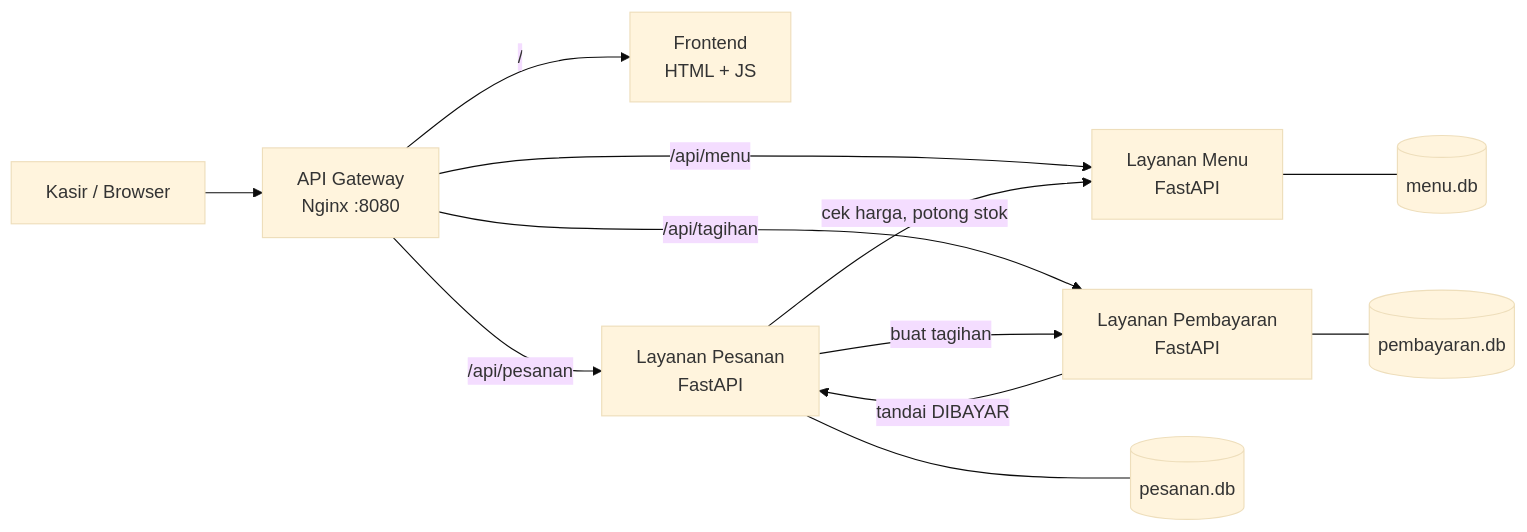
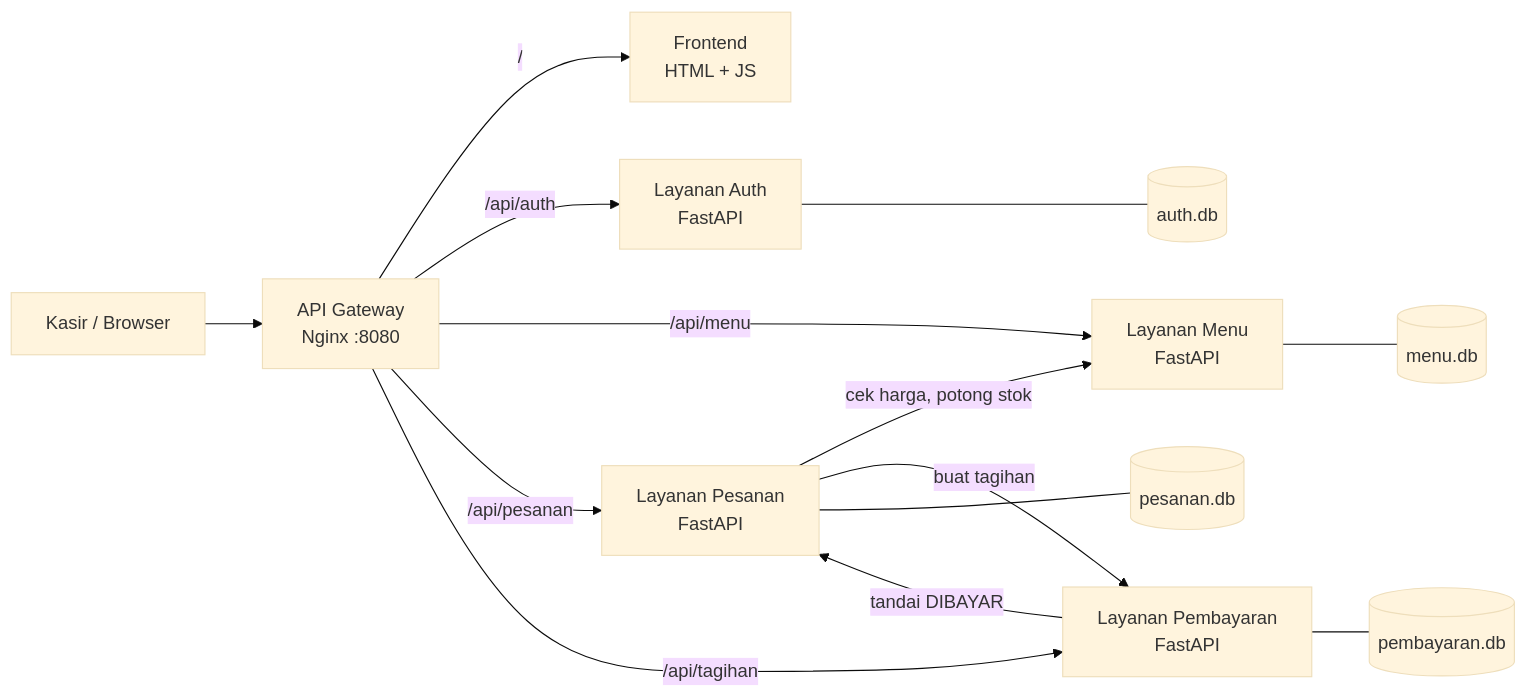
The diagram in README.md (vxzn/kasir-warkop), drawn with Mermaid (base theme) before and after one commit. The commit also changed other lines of this file and 54 other files, not shown here.

````diff
--- a/README.md
+++ b/README.md
@@ -29,14 +35,16 @@
 ```mermaid
 flowchart LR
     U[Kasir / Browser] --> G[API Gateway<br/>Nginx :8080]
     G -->|/| F[Frontend<br/>HTML + JS]
+    G -->|/api/auth| A[Layanan Auth<br/>FastAPI]
     G -->|/api/menu| M[Layanan Menu<br/>FastAPI]
     G -->|/api/pesanan| P[Layanan Pesanan<br/>FastAPI]
     G -->|/api/tagihan| B[Layanan Pembayaran<br/>FastAPI]
     P -->|cek harga, potong stok| M
     P -->|buat tagihan| B
     B -->|tandai DIBAYAR| P
+    A --- DA[(auth.db)]
     M --- DM[(menu.db)]
     P --- DP[(pesanan.db)]
     B --- DB[(pembayaran.db)]
 ```
````
